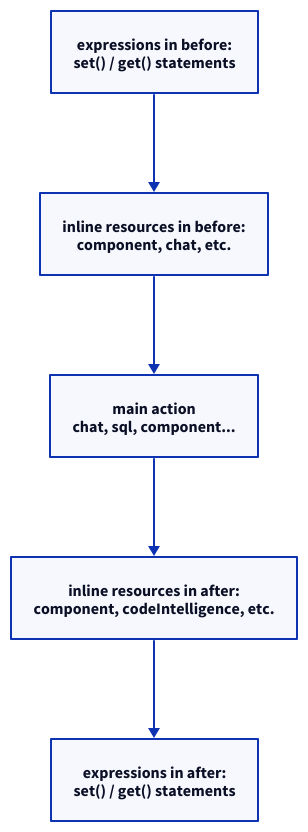
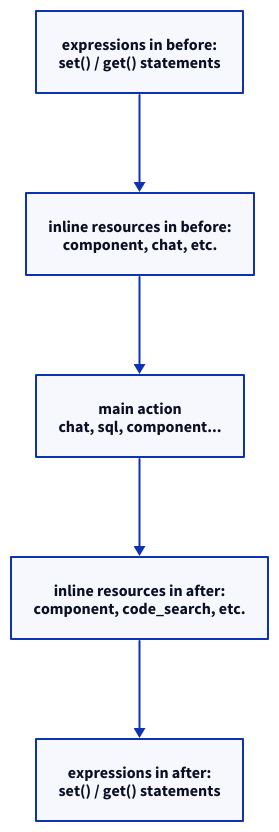
The diagram in docs/v2/workflow/inline-resources.md (kdeps/kdeps), drawn with D2 before and after one commit. The commit also changed other lines of this file and 36 other files, not shown here.

````diff
--- a/docs/v2/workflow/inline-resources.md
+++ b/docs/v2/workflow/inline-resources.md
@@ -53,11 +53,11 @@
 ```d2
 direction: down
 
 A: "expressions in before:\nset() / get() statements"
 B: "inline resources in before:\ncomponent, chat, etc."
 C: "main action\nchat, sql, component..."
-D: "inline resources in after:\ncomponent, codeIntelligence, etc."
+D: "inline resources in after:\ncomponent, code_search, etc."
 E: "expressions in after:\nset() / get() statements"
 
 A -> B -> C -> D -> E
 ```
````
